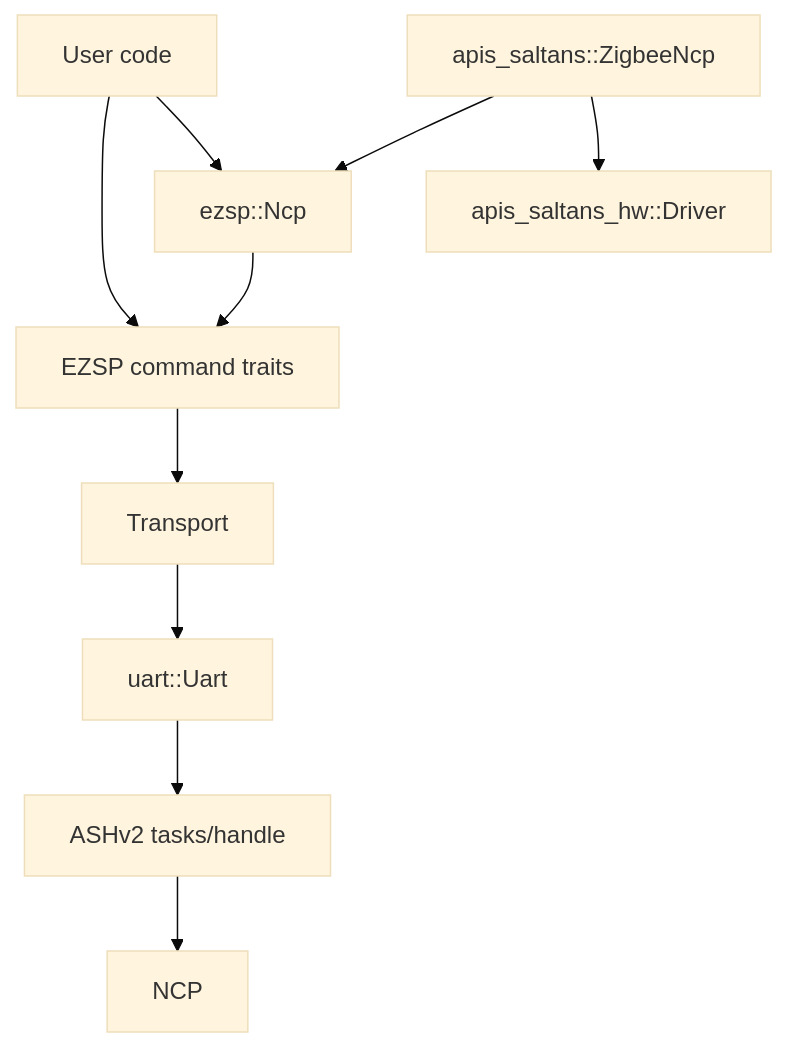
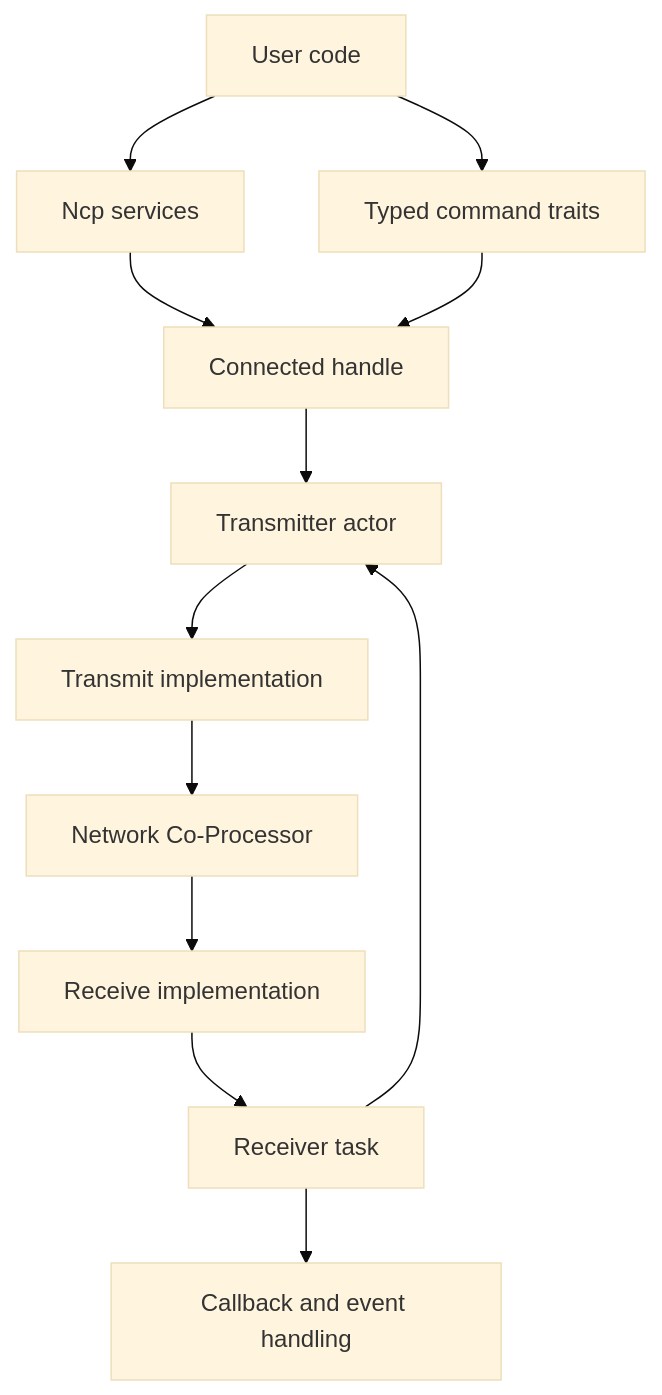
Before and after one commit to PaulmannLighting/ezsp: the first of 7 diagrams in ARCHITECTURE.md, drawn with Mermaid (base theme). The commit also changed other lines of this file and 37 other files, not shown here.

````diff
--- a/ARCHITECTURE.md
+++ b/ARCHITECTURE.md
@@ -25,13 +25,14 @@
 ```mermaid
 flowchart TD
-    A[User code] --> B[EZSP command traits]
-    B --> C[Transport]
-    C --> D[uart::Uart]
-    D --> E[ASHv2 tasks/handle]
-    E --> F[NCP]
-
-    A --> G[ezsp::Ncp]
-    G --> B
-    I[apis_saltans::ZigbeeNcp] --> G
-    I --> H[apis_saltans_hw::Driver]
+    user[User code] --> ncp[Ncp services]
+    user --> commands[Typed command traits]
+    ncp --> connected[Connected handle]
+    commands --> connected
+    connected --> txActor[Transmitter actor]
+    txActor --> tx[Transmit implementation]
+    tx --> device[Network Co-Processor]
+    device --> rx[Receive implementation]
+    rx --> rxTask[Receiver task]
+    rxTask --> txActor
+    rxTask --> events[Callback and event handling]
 ```
````
